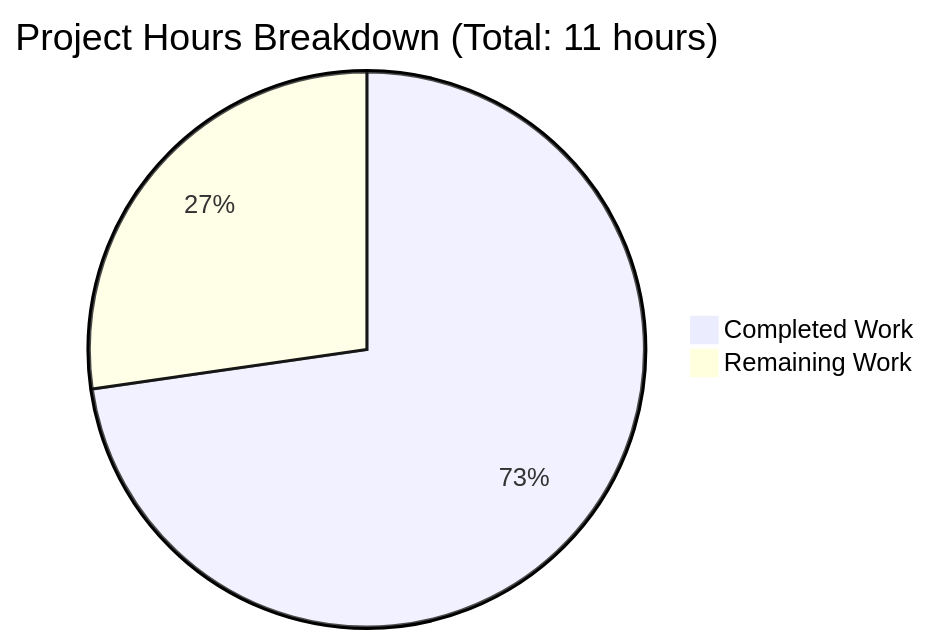
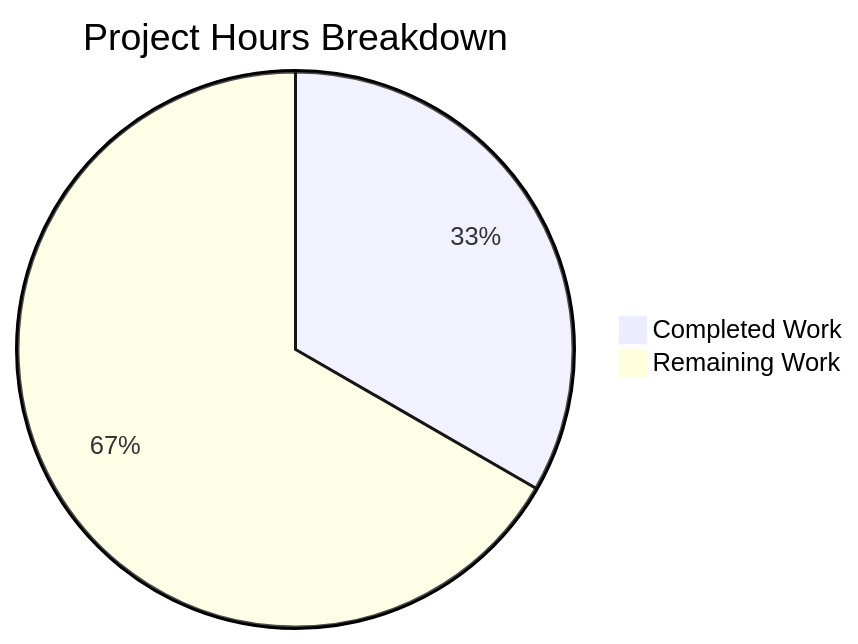
The second of 2 diagrams in blitzy/documentation/Project Guide.md (prasad-blitzy/quick-repo-4), drawn with Mermaid before and after one commit. The commit also changed other lines of this file, not shown here.

Commit message:
Adding Blitzy Project Guide: Project Status and Human Tasks Remaining

````diff
--- a/blitzy/documentation/Project Guide.md
+++ b/blitzy/documentation/Project Guide.md
@@ -43,5 +160,5 @@
 ```mermaid
-pie title Project Hours Breakdown (Total: 11 hours)
-    "Completed Work" : 8
-    "Remaining Work" : 3
+pie title Project Hours Breakdown
+    "Completed Work" : 0.5
+    "Remaining Work" : 1
 ```
````
